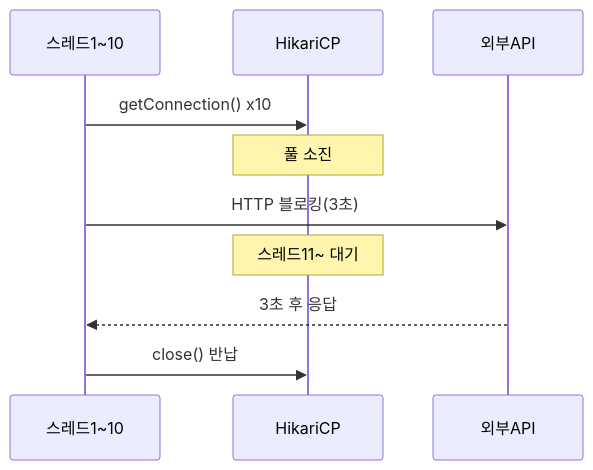
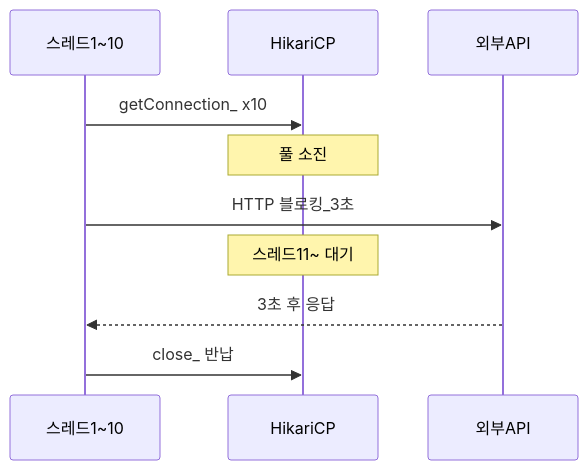
One commit to yjkim2015/yjkim2015.github.io changed the third of 4 diagrams in _posts/db/2026-05-01-db-connection-pool.md. Above: the diagram before and after it, drawn with Mermaid. The commit also changed other lines of this file and 85 other files, not shown here.

First line of the commit message:
sequenceDiagram 문법 에러 2차 수정 169개 (86파일)

````diff
--- a/_posts/db/2026-05-01-db-connection-pool.md
+++ b/_posts/db/2026-05-01-db-connection-pool.md
@@ -157,12 +157,12 @@
 ```mermaid
 sequenceDiagram
     participant T1 as 스레드1~10
     participant Pool as HikariCP
     participant API as 외부API
-    T1->>Pool: getConnection() x10
+    T1->>Pool: getConnection_ x10
     Note over Pool: 풀 소진
-    T1->>API: HTTP 블로킹(3초)
+    T1->>API: HTTP 블로킹_3초
     Note over Pool: 스레드11~ 대기
     API-->>T1: 3초 후 응답
-    T1->>Pool: close() 반납
+    T1->>Pool: close_ 반납
 ```
````
